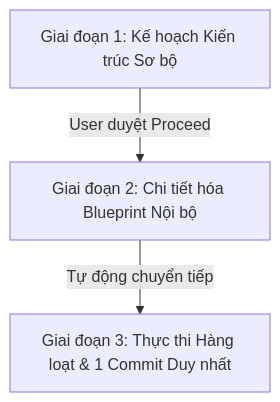
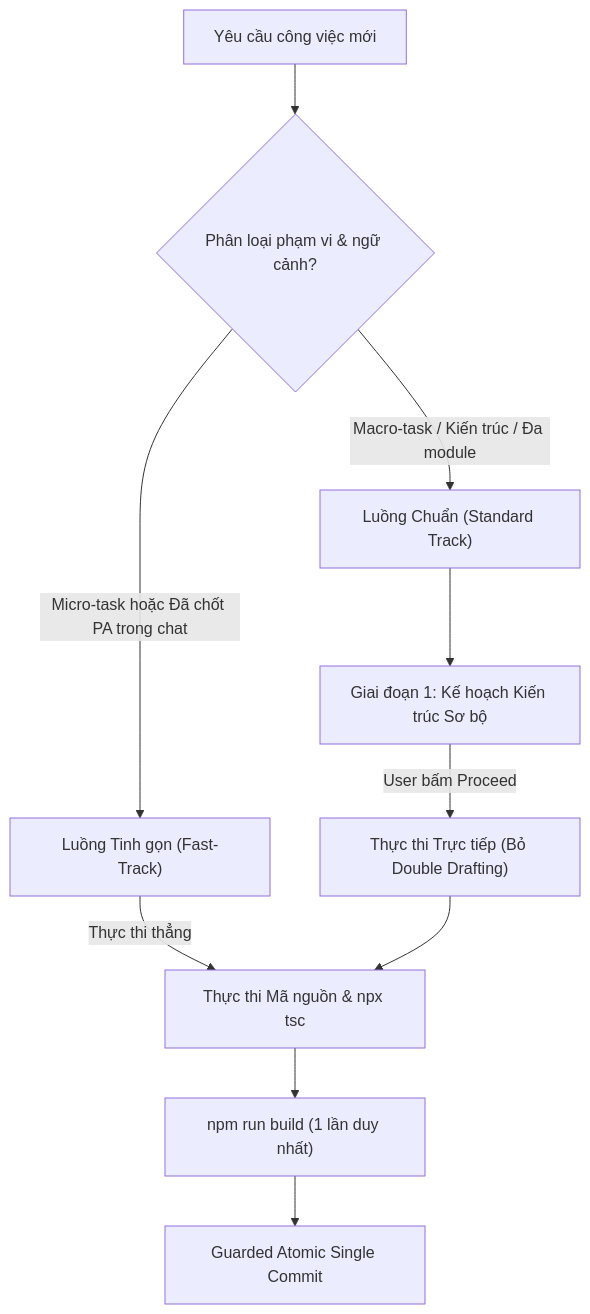
Before and after one commit to duyarc/process-design: the diagram in AGENTS.md, drawn with Mermaid. The commit also changed other lines of this file and 1 other file, not shown here.

Commit message:
docs(workflow): optimize implementation plan protocol with fast-track and eliminate double drafting

````diff
--- a/AGENTS.md
+++ b/AGENTS.md
@@ -75,5 +75,14 @@
 ```mermaid
 flowchart TD
-    A["Giai đoạn 1: Kế hoạch Kiến trúc Sơ bộ"] -->|User duyệt Proceed| B["Giai đoạn 2: Chi tiết hóa Blueprint Nội bộ"]
-    B -->|Tự động chuyển tiếp| C["Giai đoạn 3: Thực thi Hàng loạt & 1 Commit Duy nhất"]
+    Task["Yêu cầu công việc mới"] --> Check{"Phân loại phạm vi & ngữ cảnh?"}
+    Check -->|Micro-task hoặc Đã chốt PA trong chat| Fast["Luồng Tinh gọn (Fast-Track)"]
+    Check -->|Macro-task / Kiến trúc / Đa module| Standard["Luồng Chuẩn (Standard Track)"]
+    
+    Fast -->|Thực thi thẳng| Exec["Thực thi Mã nguồn & npx tsc"]
+    Standard --> Plan["Giai đoạn 1: Kế hoạch Kiến trúc Sơ bộ"]
+    Plan -->|User bấm Proceed| DirectExec["Thực thi Trực tiếp (Bỏ Double Drafting)"]
+    DirectExec --> Exec
+    
+    Exec --> Build["npm run build (1 lần duy nhất)"]
+    Build --> Commit["Guarded Atomic Single Commit"]
 ```
````
